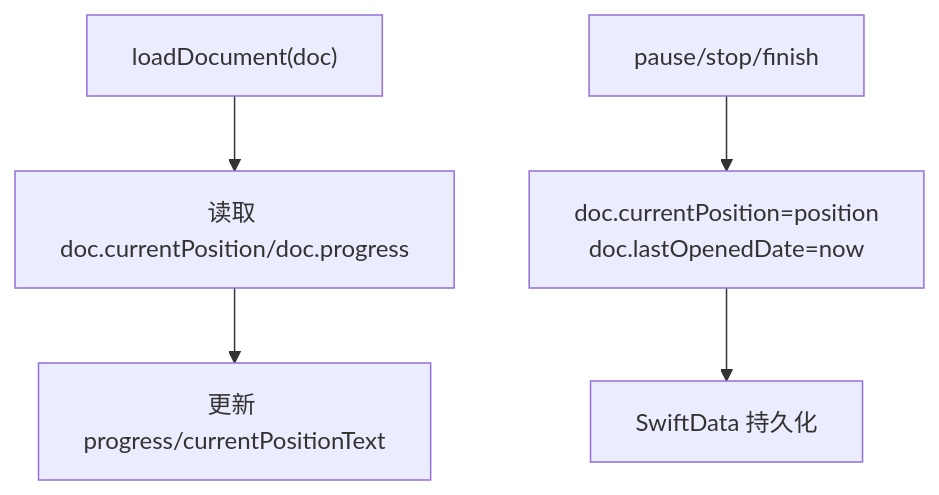
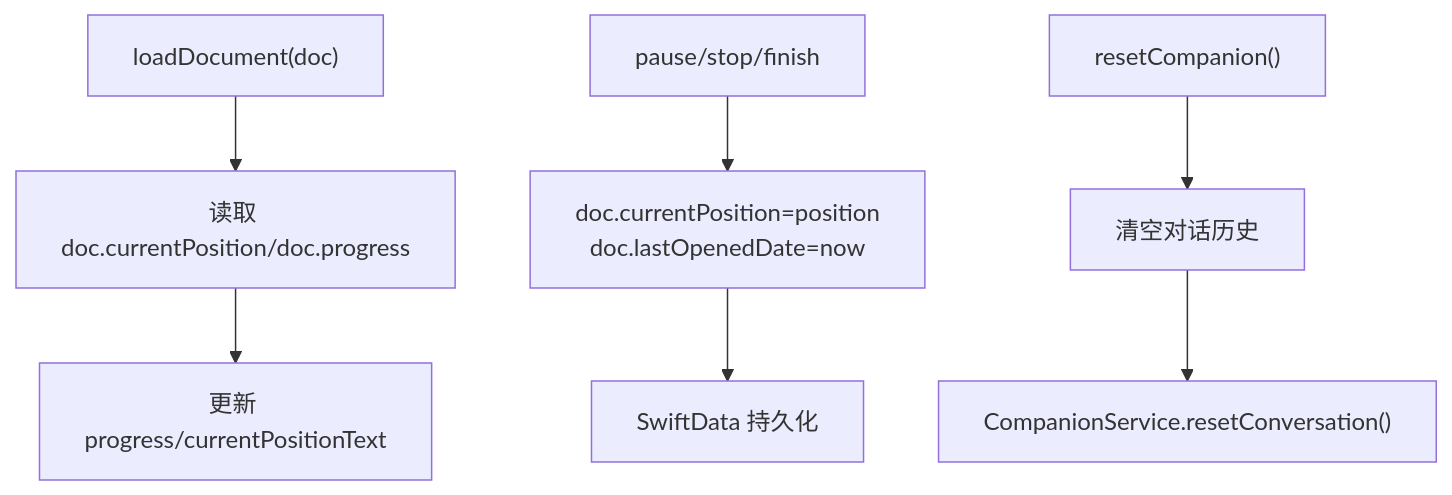
Before and after one commit to Primoguo/Knowledge: the eighth of 11 diagrams in .qoder/repowiki/zh/content/架构设计/状态管理.md, drawn with Mermaid. The commit also changed other lines of this file and 32 other files, not shown here.

````diff
--- a/.qoder/repowiki/zh/content/架构设计/状态管理.md
+++ b/.qoder/repowiki/zh/content/架构设计/状态管理.md
@@ -274,7 +361,9 @@
 ```mermaid
 flowchart TD
 LoadDoc["loadDocument(doc)"] --> ReadPos["读取 doc.currentPosition/doc.progress"]
 ReadPos --> InitUI["更新 progress/currentPositionText"]
 PauseStop["pause/stop/finish"] --> SavePos["doc.currentPosition=position<br/>doc.lastOpenedDate=now"]
 SavePos --> PersistDB["SwiftData 持久化"]
+ResetCompanion["resetCompanion()"] --> ClearHistory["清空对话历史"]
+ClearHistory --> ResetService["CompanionService.resetConversation()"]
 ```
````
